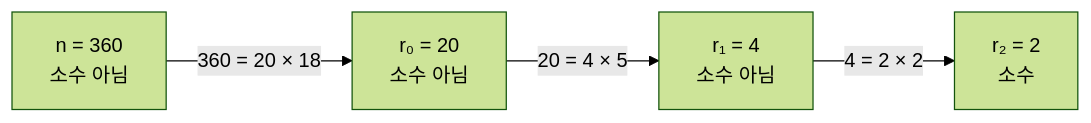
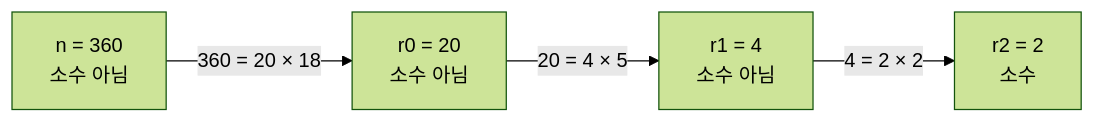
Before and after one commit to Choroning/25Fall_Discrete-Mathematics: the first of 5 diagrams in Lecture-Notes/Ch04_Elementary-Number-Theory-and-Methods-of-Proof/Concepts_Lecture.ko.md, drawn with Mermaid (forest theme). The commit also changed other lines of this file and 37 other files, not shown here.

````diff
--- a/Lecture-Notes/Ch04_Elementary-Number-Theory-and-Methods-of-Proof/Concepts_Lecture.ko.md
+++ b/Lecture-Notes/Ch04_Elementary-Number-Theory-and-Methods-of-Proof/Concepts_Lecture.ko.md
@@ -635,6 +643,6 @@
 ```mermaid
 graph LR
-    N["n = 360<br>소수 아님"] -->|"360 = 20 × 18"| R0["r₀ = 20<br>소수 아님"]
-    R0 -->|"20 = 4 × 5"| R1["r₁ = 4<br>소수 아님"]
-    R1 -->|"4 = 2 × 2"| R2["r₂ = 2<br>소수"]
+    N["n = 360<br>소수 아님"] -->|"360 = 20 × 18"| R0["r0 = 20<br>소수 아님"]
+    R0 -->|"20 = 4 × 5"| R1["r1 = 4<br>소수 아님"]
+    R1 -->|"4 = 2 × 2"| R2["r2 = 2<br>소수"]
 ```
````
